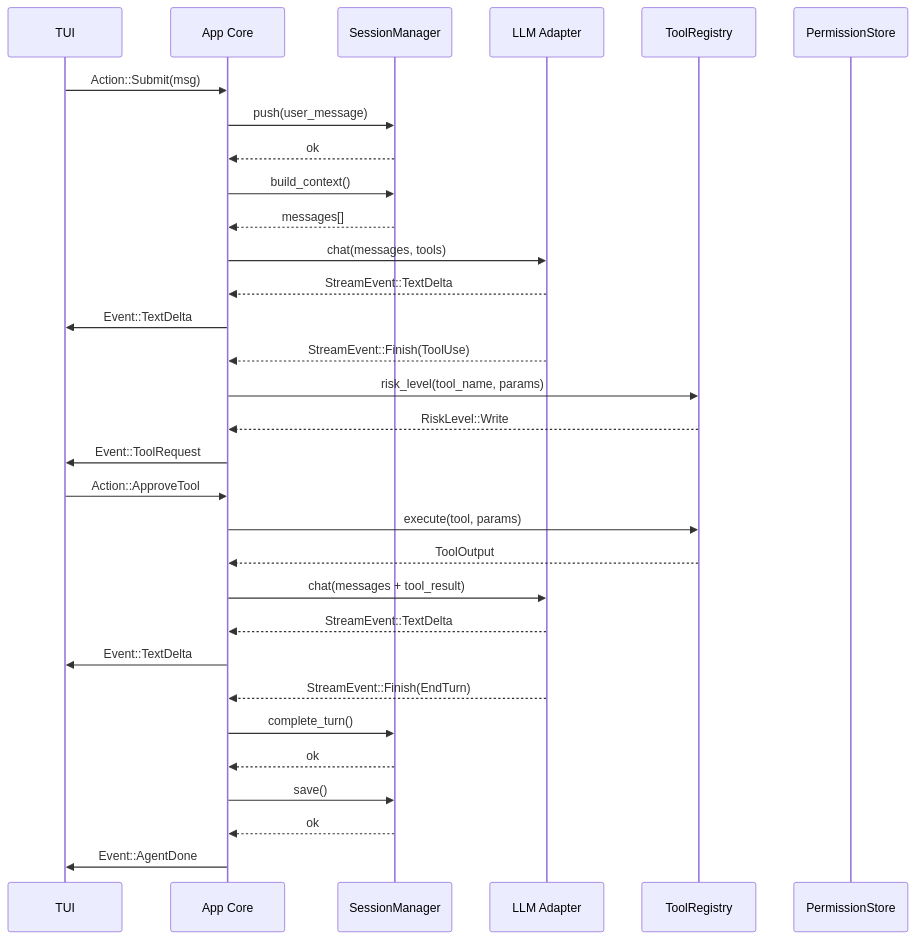
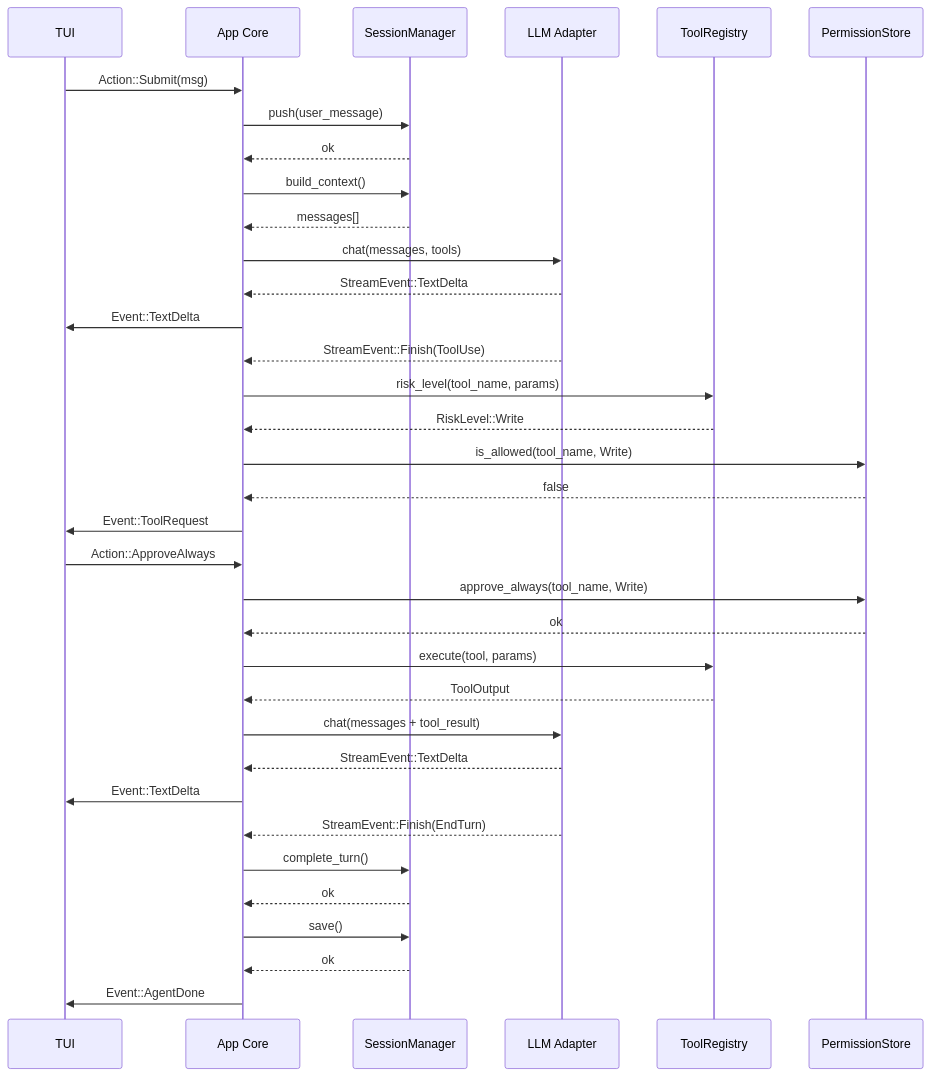
The second of 14 diagrams in docs/superpowers/specs/2026-05-04-emergence-design.md (CheneyYin/emergence), drawn with Mermaid before and after one commit.

Commit message:
fix: add PermissionStore interactions in section 2 communication model

````diff
--- a/docs/superpowers/specs/2026-05-04-emergence-design.md
+++ b/docs/superpowers/specs/2026-05-04-emergence-design.md
@@ -116,34 +116,38 @@
 ```mermaid
 sequenceDiagram
     participant TUI
     participant App as App Core
     participant SM as SessionManager
     participant LLM as LLM Adapter
     participant TR as ToolRegistry
     participant PS as PermissionStore
 
     TUI->>App: Action::Submit(msg)
     App->>SM: push(user_message)
     SM-->>App: ok
     App->>SM: build_context()
     SM-->>App: messages[]
     App->>LLM: chat(messages, tools)
     LLM-->>App: StreamEvent::TextDelta
     App->>TUI: Event::TextDelta
     LLM-->>App: StreamEvent::Finish(ToolUse)
     App->>TR: risk_level(tool_name, params)
     TR-->>App: RiskLevel::Write
+    App->>PS: is_allowed(tool_name, Write)
+    PS-->>App: false
     App->>TUI: Event::ToolRequest
-    TUI->>App: Action::ApproveTool
+    TUI->>App: Action::ApproveAlways
+    App->>PS: approve_always(tool_name, Write)
+    PS-->>App: ok
     App->>TR: execute(tool, params)
     TR-->>App: ToolOutput
     App->>LLM: chat(messages + tool_result)
     LLM-->>App: StreamEvent::TextDelta
     App->>TUI: Event::TextDelta
     LLM-->>App: StreamEvent::Finish(EndTurn)
     App->>SM: complete_turn()
     SM-->>App: ok
     App->>SM: save()
     SM-->>App: ok
     App->>TUI: Event::AgentDone
 ```
````
